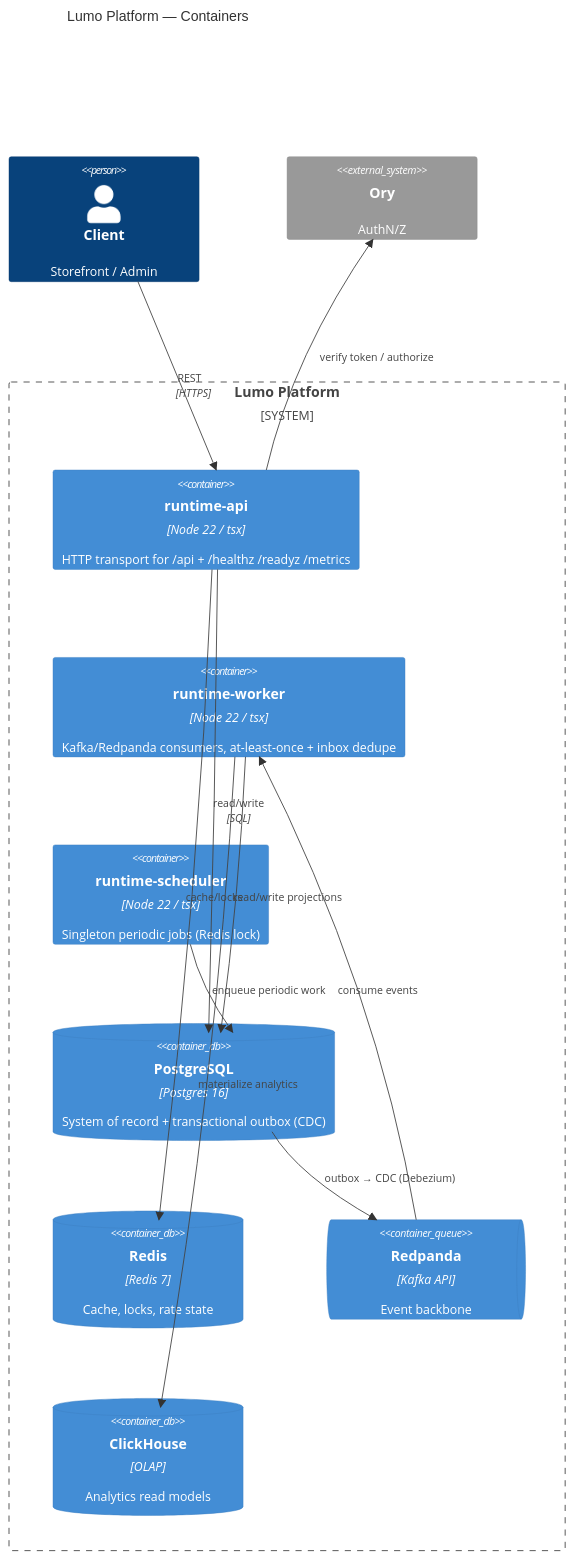
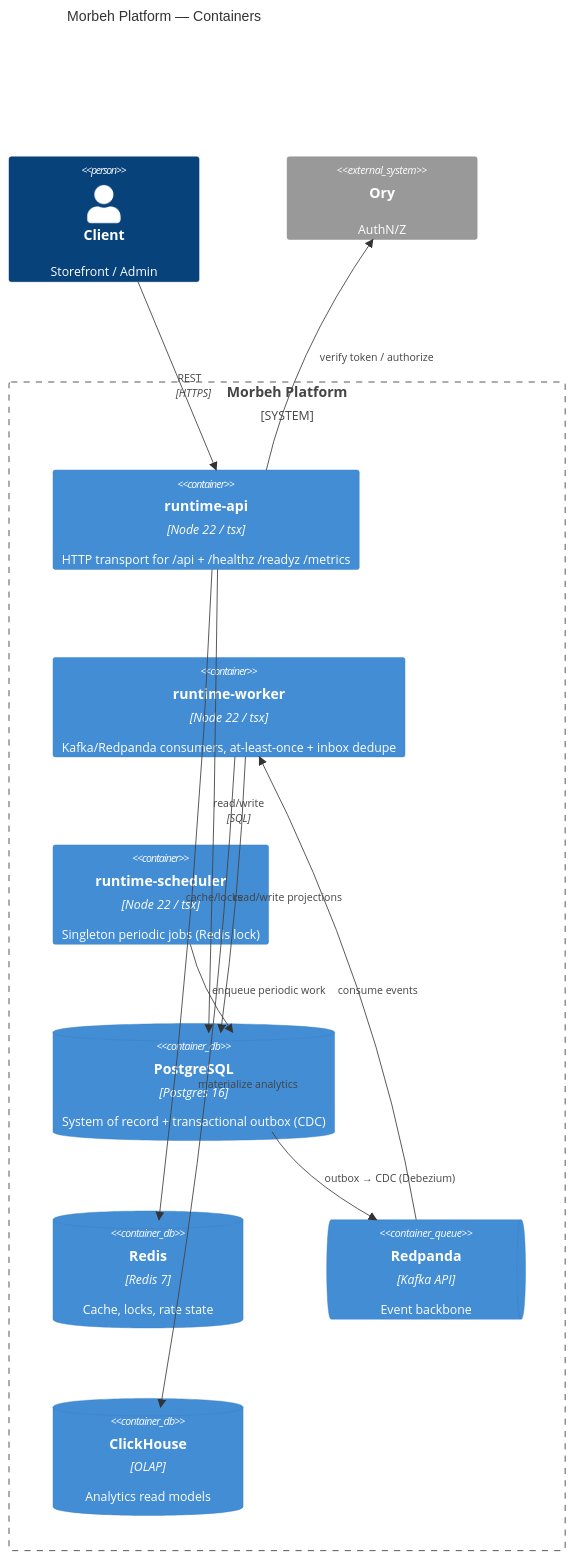
The second of 3 diagrams in docs/architecture/diagrams/C4.md (AbdoNabi1/lumo-platform-main), drawn with Mermaid before and after one commit. The commit also changed other lines of this file and 211 other files, not shown here.

````diff
--- a/docs/architecture/diagrams/C4.md
+++ b/docs/architecture/diagrams/C4.md
@@ -30,24 +30,24 @@
 ```mermaid
 C4Container
-  title Lumo Platform — Containers
+  title Morbeh Platform — Containers
   Person(client, "Client", "Storefront / Admin")
-  System_Boundary(lumo, "Lumo Platform") {
+  System_Boundary(morbeh, "Morbeh Platform") {
     Container(api, "runtime-api", "Node 22 / tsx", "HTTP transport for /api + /healthz /readyz /metrics")
     Container(worker, "runtime-worker", "Node 22 / tsx", "Kafka/Redpanda consumers, at-least-once + inbox dedupe")
     Container(scheduler, "runtime-scheduler", "Node 22 / tsx", "Singleton periodic jobs (Redis lock)")
     ContainerDb(pg, "PostgreSQL", "Postgres 16", "System of record + transactional outbox (CDC)")
     ContainerDb(redis, "Redis", "Redis 7", "Cache, locks, rate state")
     ContainerQueue(rp, "Redpanda", "Kafka API", "Event backbone")
     ContainerDb(ch, "ClickHouse", "OLAP", "Analytics read models")
   }
   System_Ext(ory, "Ory", "AuthN/Z")
   Rel(client, api, "REST", "HTTPS")
   Rel(api, pg, "read/write", "SQL")
   Rel(api, redis, "cache/locks")
   Rel(api, ory, "verify token / authorize")
   Rel(pg, rp, "outbox → CDC (Debezium)")
   Rel(rp, worker, "consume events")
   Rel(worker, pg, "read/write projections")
   Rel(worker, ch, "materialize analytics")
   Rel(scheduler, pg, "enqueue periodic work")
 ```
````
